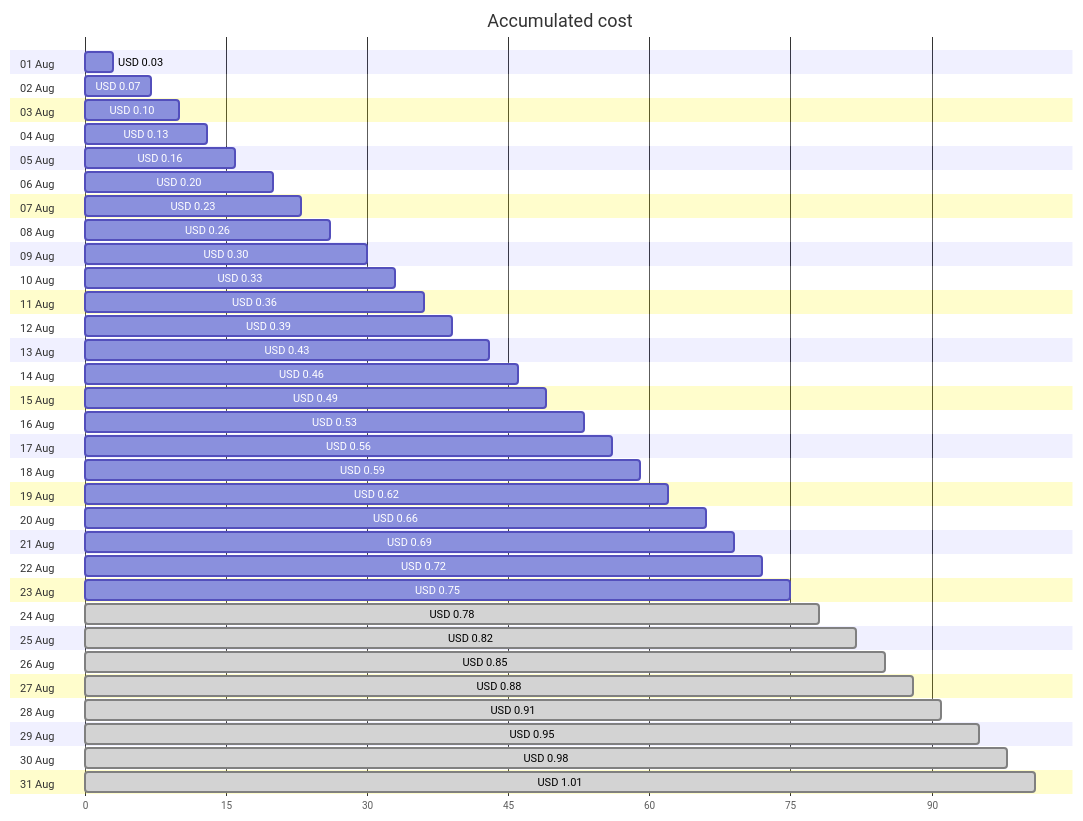
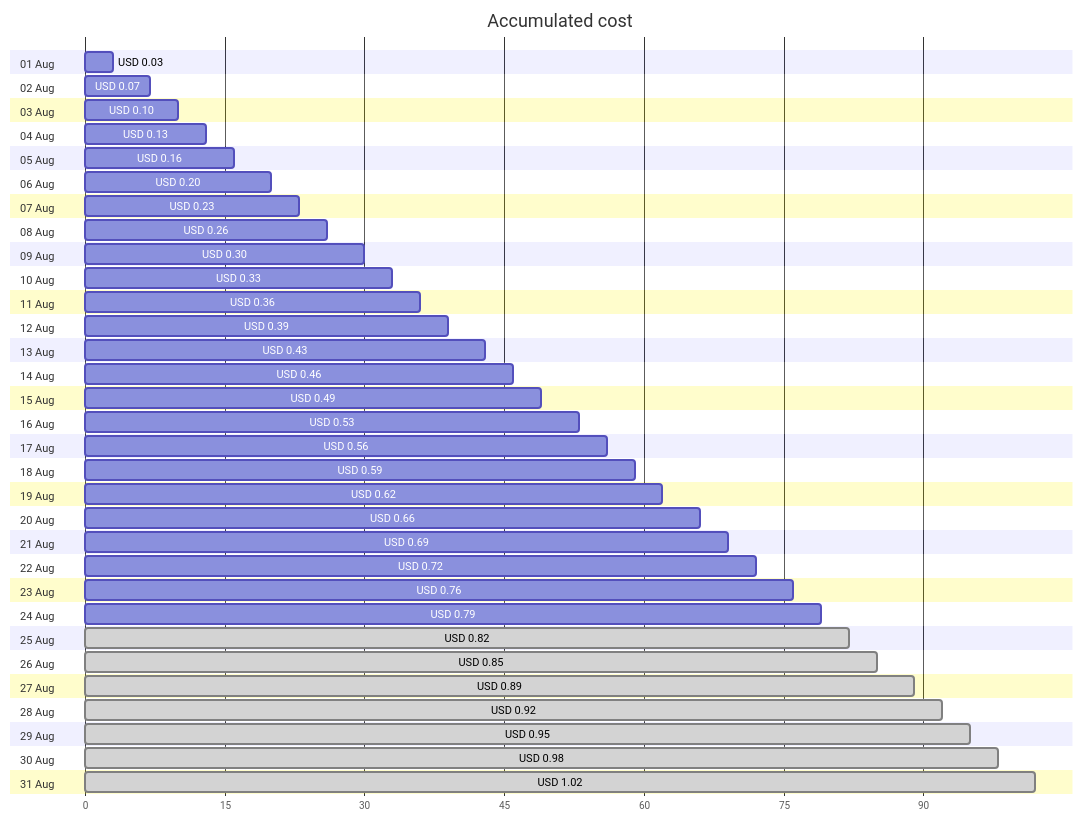
Before and after one commit to jpfulton/azure-personal-reports: the first of 4 diagrams in cost-reports/personal-dns/README.md, drawn with Mermaid. The commit also changed other lines of this file and 2 other files, not shown here.

````diff
--- a/cost-reports/personal-dns/README.md
+++ b/cost-reports/personal-dns/README.md
@@ -20,68 +20,68 @@
 ```mermaid
 gantt
    title Accumulated cost
    dateFormat  X
    axisFormat %s
    section 01 Aug
    USD 0.03 :0, 3
    section 02 Aug
    USD 0.07 :0, 7
    section 03 Aug
    USD 0.10 :0, 10
    section 04 Aug
    USD 0.13 :0, 13
    section 05 Aug
    USD 0.16 :0, 16
    section 06 Aug
    USD 0.20 :0, 20
    section 07 Aug
    USD 0.23 :0, 23
    section 08 Aug
    USD 0.26 :0, 26
    section 09 Aug
    USD 0.30 :0, 30
    section 10 Aug
    USD 0.33 :0, 33
    section 11 Aug
    USD 0.36 :0, 36
    section 12 Aug
    USD 0.39 :0, 39
    section 13 Aug
    USD 0.43 :0, 43
    section 14 Aug
    USD 0.46 :0, 46
    section 15 Aug
    USD 0.49 :0, 49
    section 16 Aug
    USD 0.53 :0, 53
    section 17 Aug
    USD 0.56 :0, 56
    section 18 Aug
    USD 0.59 :0, 59
    section 19 Aug
    USD 0.62 :0, 62
    section 20 Aug
    USD 0.66 :0, 66
    section 21 Aug
    USD 0.69 :0, 69
    section 22 Aug
    USD 0.72 :0, 72
    section 23 Aug
-   USD 0.75 :0, 75
+   USD 0.76 :0, 76
    section 24 Aug
-   USD 0.78 : done, 0, 78
+   USD 0.79 :0, 79
    section 25 Aug
    USD 0.82 : done, 0, 82
    section 26 Aug
    USD 0.85 : done, 0, 85
    section 27 Aug
-   USD 0.88 : done, 0, 88
+   USD 0.89 : done, 0, 89
    section 28 Aug
-   USD 0.91 : done, 0, 91
+   USD 0.92 : done, 0, 92
    section 29 Aug
    USD 0.95 : done, 0, 95
    section 30 Aug
    USD 0.98 : done, 0, 98
    section 31 Aug
-   USD 1.01 : done, 0, 101
+   USD 1.02 : done, 0, 102
 ```
````
